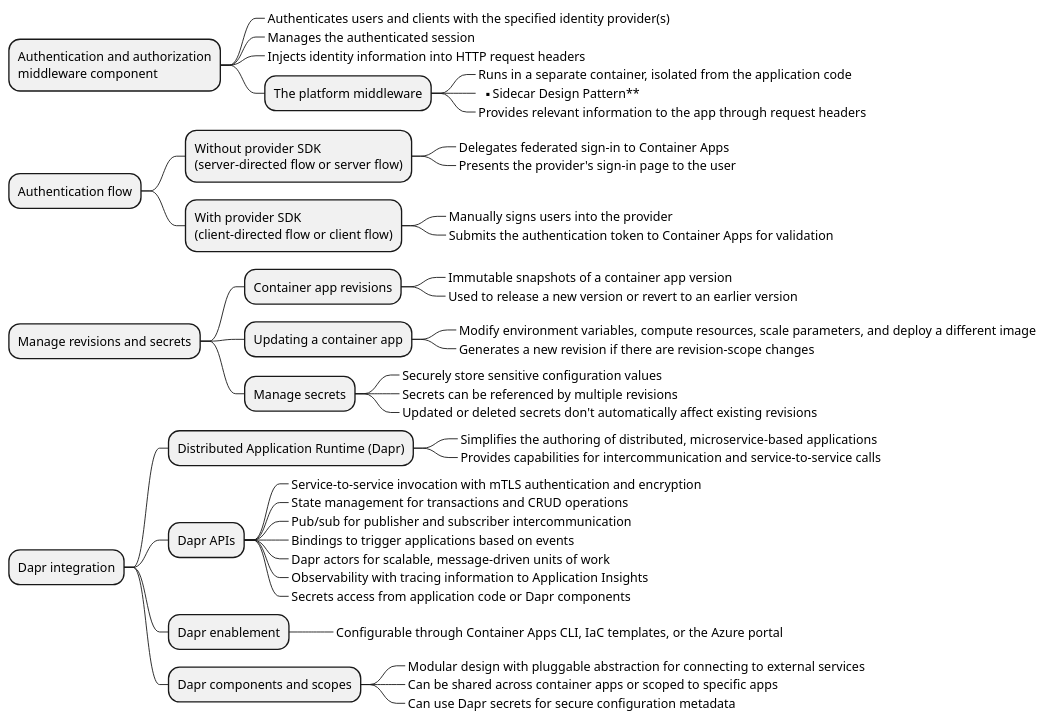
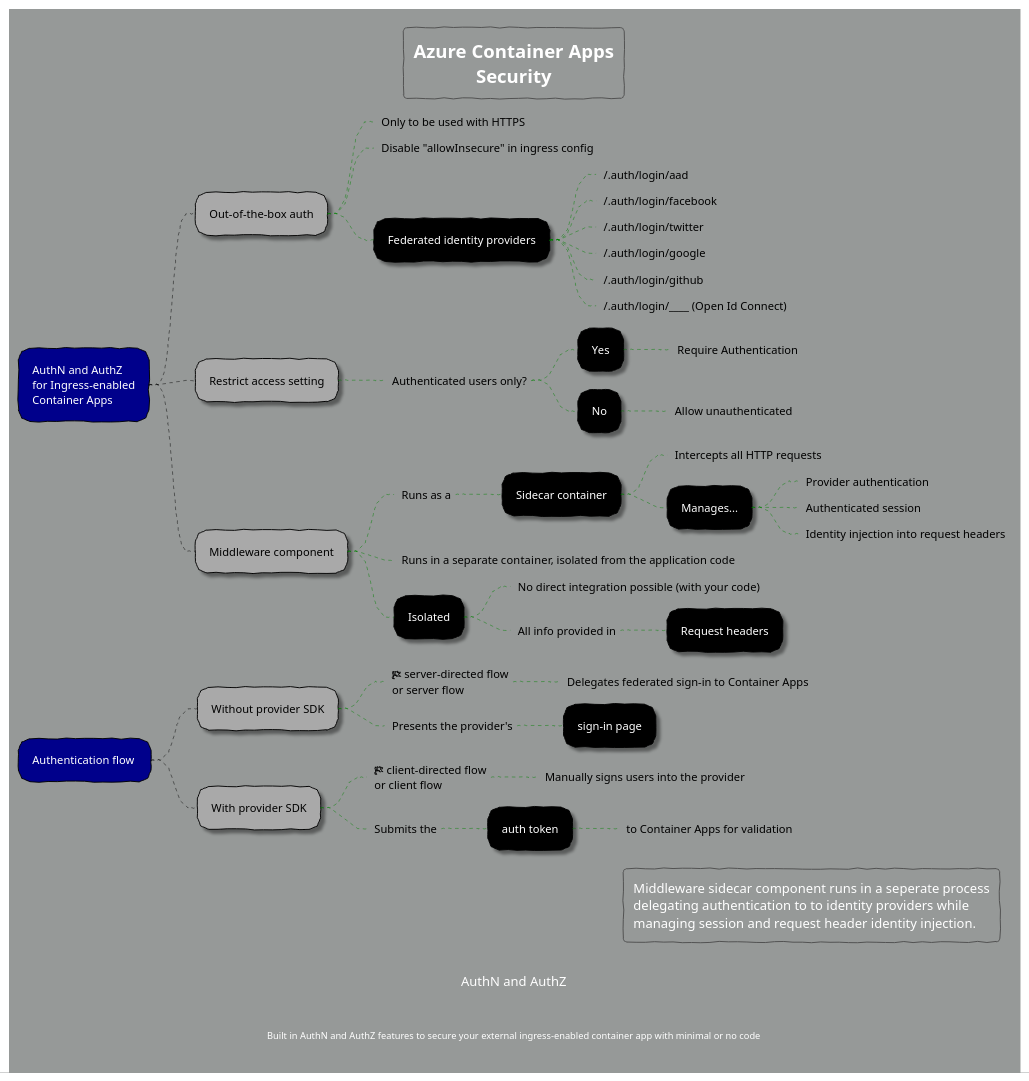
The diagram in Notes/Diagrams/ContainerApps/container-apps-security.plantuml (rob-bl8ke/Az204-Containerization), drawn with PlantUML before and after one commit. The commit also changed 6 other files, not shown here.

Commit message:
Updates to Azure Container Apps security and revisions

```diff
--- a/Notes/Diagrams/ContainerApps/container-apps-security.plantuml
+++ b/Notes/Diagrams/ContainerApps/container-apps-security.plantuml
@@ -1,53 +1,115 @@
-@startmindmap
-skinparam nodeWidth 200
-skinparam nodeHeight 30
+@startmindmap "Azure Container Apps Security"
+
+title Azure Container Apps\nSecurity
+
+' Available themes: https://plantuml.com/theme
+!theme sketchy
+
+' skinparam backgroundColor #e8edec
+skinparam backgroundColor #969998
+' skinparam nodeWidth 200
+' skinparam nodeHeight 30
+
+<style>
+    mindMapDiagram {
+        .root {
+            BackgroundColor darkblue
+            LineColor black
+            FontColor white
+        }
+
+        .blue {
+            FontColor darkblue
+        }
+
+        node {
+            FontColor white
+            LineColor black
+            BackgroundColor black
+            Shadowing 2.0
+            RoundCorner 25
+        }
+        :depth(0) {
+            FontColor black
+            LineColor white
+            BackgroundColor white
+            Shadowing 0.0
+        }
+        :depth(1) {
+            FontColor black
+            BackgroundColor darkgrey
+            Shadowing 2.0
+        }
+
+        arrow {
+            LineStyle 4
+            LineThickness 0.5
+            LineColor green
+        }
+
+        boxless {
+            FontColor black
+            Margin 10
+            Padding 10
+            MaximumWidth 400
+        }
+    }
+</style>
+
+caption AuthN and AuthZ
+footer Built in AuthN and AuthZ features to secure your external ingress-enabled container app with minimal or no code
 
 
-+ Authentication and authorization\nmiddleware component
-++_ Authenticates users and clients with the specified identity provider(s)
-++_ Manages the authenticated session
-++_ Injects identity information into HTTP request headers
-++ The platform middleware
++ AuthN and AuthZ\nfor Ingress-enabled\nContainer Apps <<root>>
+++ Out-of-the-box auth
++++_ Only to be used with HTTPS
++++_ Disable "allowInsecure" in ingress config
++++ Federated identity providers
+++++_ /.auth/login/aad
+++++_ /.auth/login/facebook
+++++_ /.auth/login/twitter
+++++_ /.auth/login/google
+++++_ /.auth/login/github
+++++_ /.auth/login/____ (Open Id Connect)
+
+++ Restrict access setting
++++_ Authenticated users only?
+++++ Yes
++++++_ Require Authentication
+++++ No
++++++_ Allow unauthenticated
+
+++ Middleware component
++++_ Runs as a 
+++++ Sidecar container
++++++_ Intercepts all HTTP requests
++++++ Manages...
+++++++_ Provider authentication
+++++++_ Authenticated session
+++++++_ Identity injection into request headers
 +++_ Runs in a separate container, isolated from the application code
-+++_ ** Sidecar Design Pattern**
-+++_ Provides relevant information to the app through request headers
++++ Isolated
+++++_ No direct integration possible (with your code)
+++++_ All info provided in
++++++ Request headers
 
-+ Authentication flow
-++ Without provider SDK\n(server-directed flow or server flow)
-+++_ Delegates federated sign-in to Container Apps
-+++_ Presents the provider's sign-in page to the user
-++ With provider SDK\n(client-directed flow or client flow)
-+++_ Manually signs users into the provider
-+++_ Submits the authentication token to Container Apps for validation
++ Authentication flow <<root>>
+++ Without provider SDK
++++_ <&flag> server-directed flow\nor server flow
+++++_ Delegates federated sign-in to Container Apps
++++_ Presents the provider's
+++++ sign-in page
+++ With provider SDK
++++_ <&flag> client-directed flow\nor client flow
+++++_ Manually signs users into the provider
++++_ Submits the
+++++ auth token
++++++_ to Container Apps for validation
 
-+ Manage revisions and secrets
-++ Container app revisions
-+++_ Immutable snapshots of a container app version
-+++_ Used to release a new version or revert to an earlier version
-++ Updating a container app
-+++_ Modify environment variables, compute resources, scale parameters, and deploy a different image
-+++_ Generates a new revision if there are revision-scope changes
-++ Manage secrets
-+++_ Securely store sensitive configuration values
-+++_ Secrets can be referenced by multiple revisions
-+++_ Updated or deleted secrets don't automatically affect existing revisions
+legend right
+Middleware sidecar component runs in a seperate process
+delegating authentication to to identity providers while
+managing session and request header identity injection.
+endlegend
 
-+ Dapr integration
-++ Distributed Application Runtime (Dapr)
-+++_ Simplifies the authoring of distributed, microservice-based applications
-+++_ Provides capabilities for intercommunication and service-to-service calls
-++ Dapr APIs
-+++_ Service-to-service invocation with mTLS authentication and encryption
-+++_ State management for transactions and CRUD operations
-+++_ Pub/sub for publisher and subscriber intercommunication
-+++_ Bindings to trigger applications based on events
-+++_ Dapr actors for scalable, message-driven units of work
-+++_ Observability with tracing information to Application Insights
-+++_ Secrets access from application code or Dapr components
-++ Dapr enablement
-+++_ Configurable through Container Apps CLI, IaC templates, or the Azure portal
-++ Dapr components and scopes
-+++_ Modular design with pluggable abstraction for connecting to external services
-+++_ Can be shared across container apps or scoped to specific apps
-+++_ Can use Dapr secrets for secure configuration metadata
 @endmindmap
```
